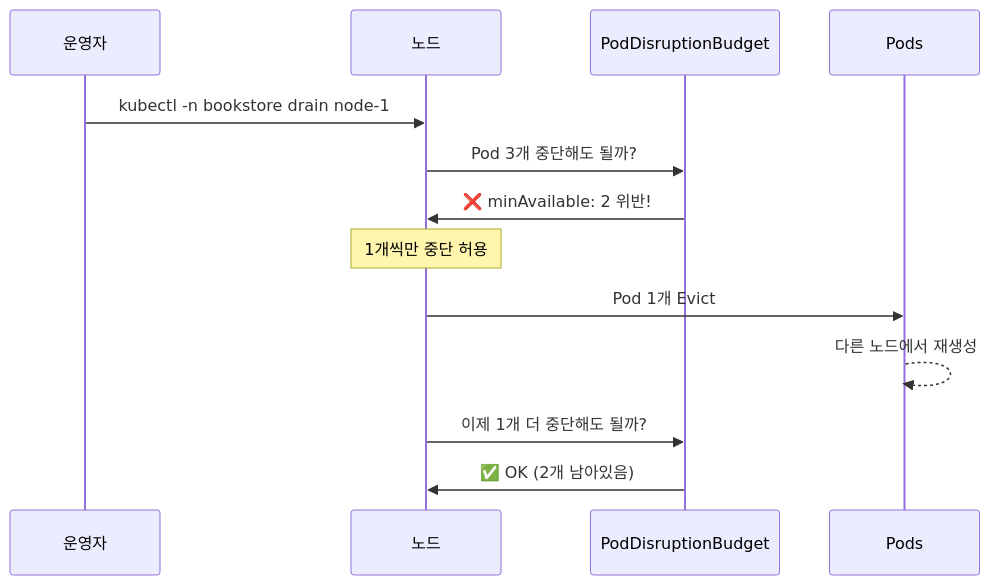
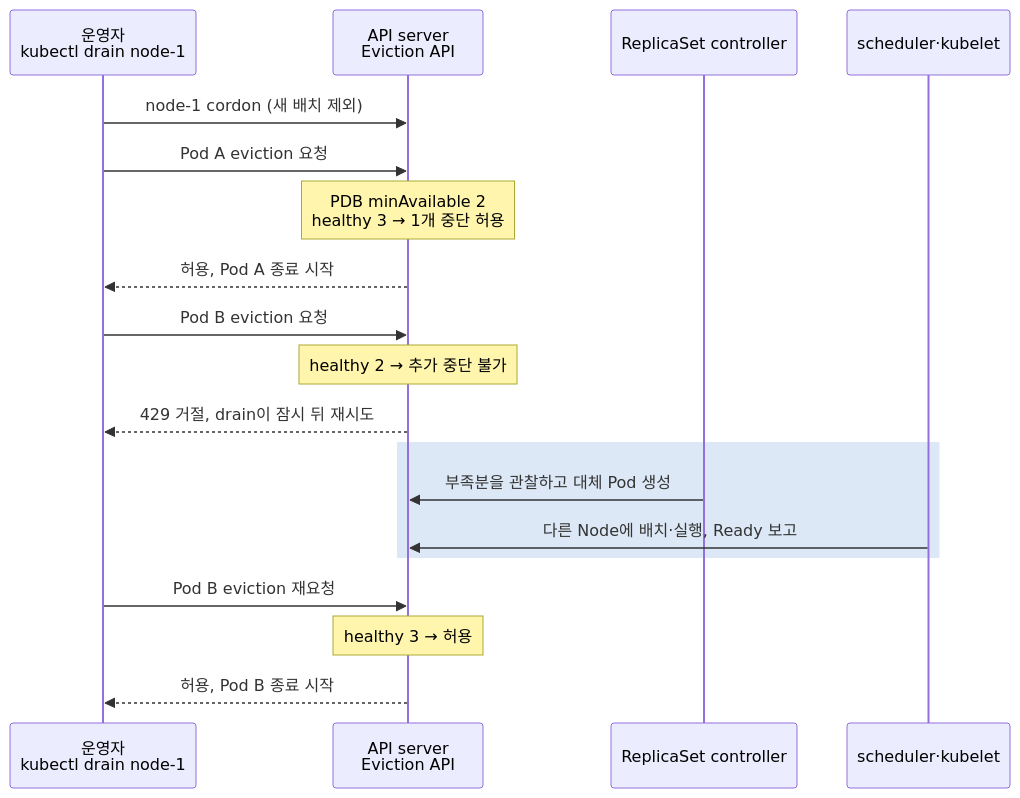
The fourth of 5 diagrams in kubernetes/Kubernetes-ReplicaSet-Deployment.md (sskim91/TIL), drawn with Mermaid before and after one commit. The commit also changed other lines of this file and 12 other files, not shown here.

````diff
--- a/kubernetes/Kubernetes-ReplicaSet-Deployment.md
+++ b/kubernetes/Kubernetes-ReplicaSet-Deployment.md
@@ -710,16 +710,22 @@
 ```mermaid
 sequenceDiagram
-    participant Ops as 운영자
-    participant Node as 노드
-    participant PDB as PodDisruptionBudget
-    participant Pod as Pods
+    participant Ops as 운영자<br>kubectl drain node-1
+    participant API as API server<br>Eviction API
+    participant RS as ReplicaSet controller
+    participant K as scheduler·kubelet
 
-    Ops->>Node: kubectl -n bookstore drain node-1
-    Node->>PDB: Pod 3개 중단해도 될까?
-    PDB->>Node: ❌ minAvailable: 2 위반!
-    Note over Node: 1개씩만 중단 허용
-    Node->>Pod: Pod 1개 Evict
-    Pod-->>Pod: 다른 노드에서 재생성
-    Node->>PDB: 이제 1개 더 중단해도 될까?
-    PDB->>Node: ✅ OK (2개 남아있음)
+    Ops->>API: node-1 cordon (새 배치 제외)
+    Ops->>API: Pod A eviction 요청
+    Note over API: PDB minAvailable 2<br>healthy 3 → 1개 중단 허용
+    API-->>Ops: 허용, Pod A 종료 시작
+    Ops->>API: Pod B eviction 요청
+    Note over API: healthy 2 → 추가 중단 불가
+    API-->>Ops: 429 거절, drain이 잠시 뒤 재시도
+    rect rgba(21, 101, 192, 0.15)
+        RS->>API: 부족분을 관찰하고 대체 Pod 생성
+        K->>API: 다른 Node에 배치·실행, Ready 보고
+    end
+    Ops->>API: Pod B eviction 재요청
+    Note over API: healthy 3 → 허용
+    API-->>Ops: 허용, Pod B 종료 시작
 ```
````
